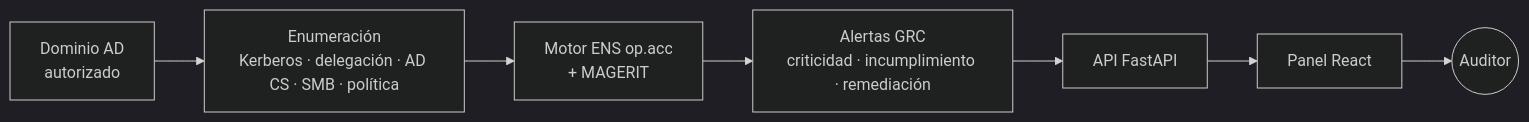
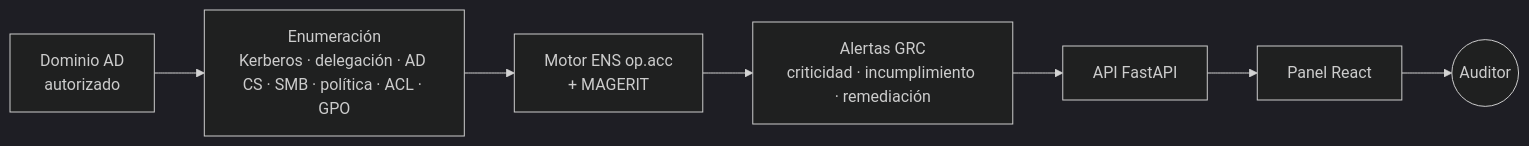
The diagram in README.md (heindall92/ens_ad-auditor), drawn with Mermaid (dark theme) before and after one commit. The commit also changed other lines of this file and 27 other files, not shown here.

First line of the commit message:
Cobertura real: ACL, secretos, GPO y plan de tratamiento

````diff
--- a/README.md
+++ b/README.md
@@ -51,9 +51,9 @@
 ```mermaid
 flowchart LR
-    D[Dominio AD<br/>autorizado] --> E[Enumeración<br/>Kerberos · delegación · AD CS · SMB · política]
+    D[Dominio AD<br/>autorizado] --> E[Enumeración<br/>Kerberos · delegación · AD CS · SMB · política · ACL · GPO]
     E --> M[Motor ENS op.acc<br/>+ MAGERIT]
     M --> A[Alertas GRC<br/>criticidad · incumplimiento · remediación]
     A --> B[API FastAPI]
     B --> F[Panel React]
     F --> U((Auditor))
 ```
````
